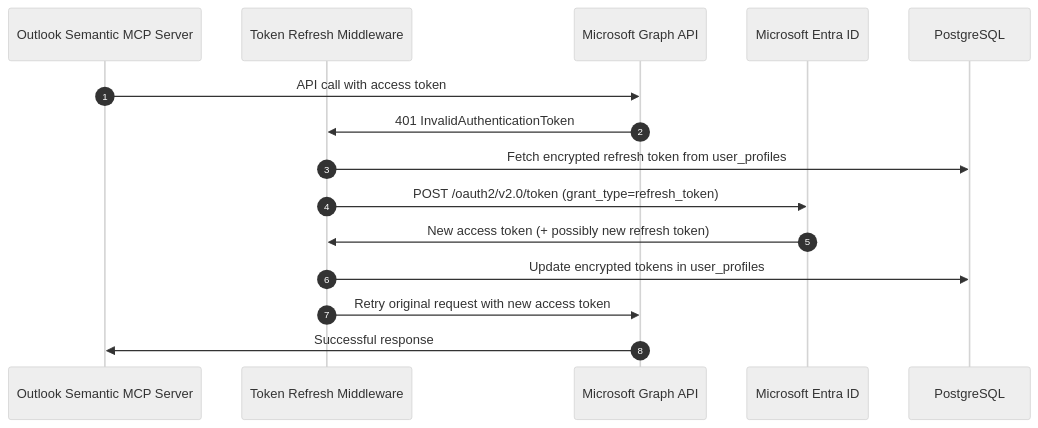
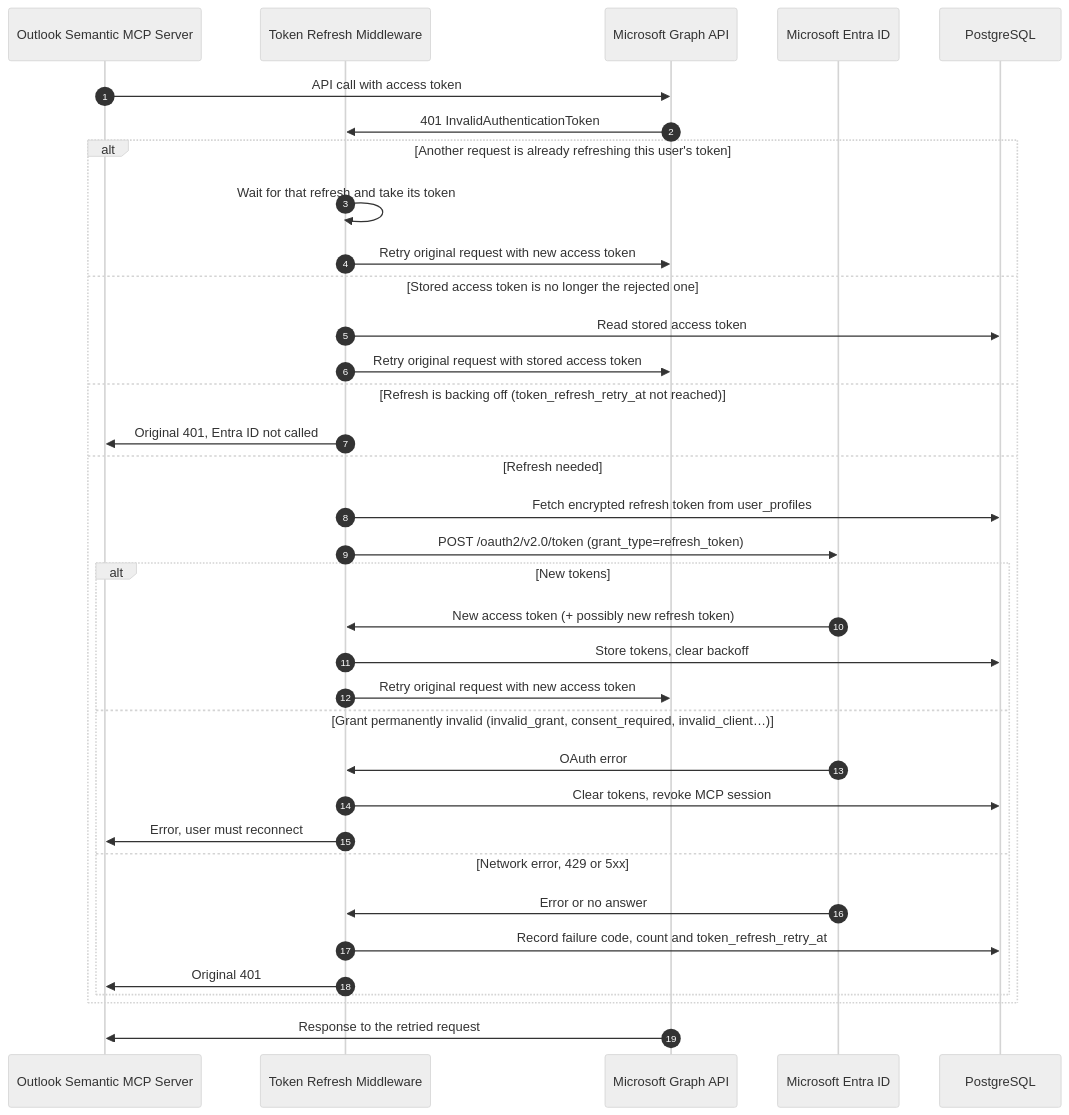
Before and after one commit to Unique-AG/connectors: the second of 6 diagrams in services/outlook-semantic-mcp/docs/technical/flows.md, drawn with Mermaid. The commit also changed other lines of this file and 1 other file, not shown here.

Commit message:
docs(outlook-semantic-mcp): draw the shared refresh and backoff in the token refresh flow
The sequence diagram now shows the shared in-flight refresh, reuse of a stored token that already
replaced the rejected one, the backoff that keeps the original 401, and the success, permanent and
transient outcomes. Long comments in the token provider and the Graph path template are cut to the
rule they state.

````diff
--- a/services/outlook-semantic-mcp/docs/technical/flows.md
+++ b/services/outlook-semantic-mcp/docs/technical/flows.md
@@ -48,19 +48,39 @@
 ```mermaid
 %%{init: {'theme': 'neutral', 'themeVariables': { 'fontSize': '14px' }}}%%
 sequenceDiagram
     autonumber
     participant OutlookMCP as Outlook Semantic MCP Server
     participant Middleware as Token Refresh Middleware
     participant MSGraph as Microsoft Graph API
     participant EntraID as Microsoft Entra ID
     participant DB as PostgreSQL
 
     OutlookMCP->>MSGraph: API call with access token
     MSGraph->>Middleware: 401 InvalidAuthenticationToken
-    Middleware->>DB: Fetch encrypted refresh token from user_profiles
-    Middleware->>EntraID: POST /oauth2/v2.0/token (grant_type=refresh_token)
-    EntraID->>Middleware: New access token (+ possibly new refresh token)
-    Middleware->>DB: Update encrypted tokens in user_profiles
-    Middleware->>MSGraph: Retry original request with new access token
-    MSGraph->>OutlookMCP: Successful response
+    alt Another request is already refreshing this user's token
+        Middleware->>Middleware: Wait for that refresh and take its token
+        Middleware->>MSGraph: Retry original request with new access token
+    else Stored access token is no longer the rejected one
+        Middleware->>DB: Read stored access token
+        Middleware->>MSGraph: Retry original request with stored access token
+    else Refresh is backing off (token_refresh_retry_at not reached)
+        Middleware->>OutlookMCP: Original 401, Entra ID not called
+    else Refresh needed
+        Middleware->>DB: Fetch encrypted refresh token from user_profiles
+        Middleware->>EntraID: POST /oauth2/v2.0/token (grant_type=refresh_token)
+        alt New tokens
+            EntraID->>Middleware: New access token (+ possibly new refresh token)
+            Middleware->>DB: Store tokens, clear backoff
+            Middleware->>MSGraph: Retry original request with new access token
+        else Grant permanently invalid (invalid_grant, consent_required, invalid_client…)
+            EntraID->>Middleware: OAuth error
+            Middleware->>DB: Clear tokens, revoke MCP session
+            Middleware->>OutlookMCP: Error, user must reconnect
+        else Network error, 429 or 5xx
+            EntraID->>Middleware: Error or no answer
+            Middleware->>DB: Record failure code, count and token_refresh_retry_at
+            Middleware->>OutlookMCP: Original 401
+        end
+    end
+    MSGraph->>OutlookMCP: Response to the retried request
 ```
````
